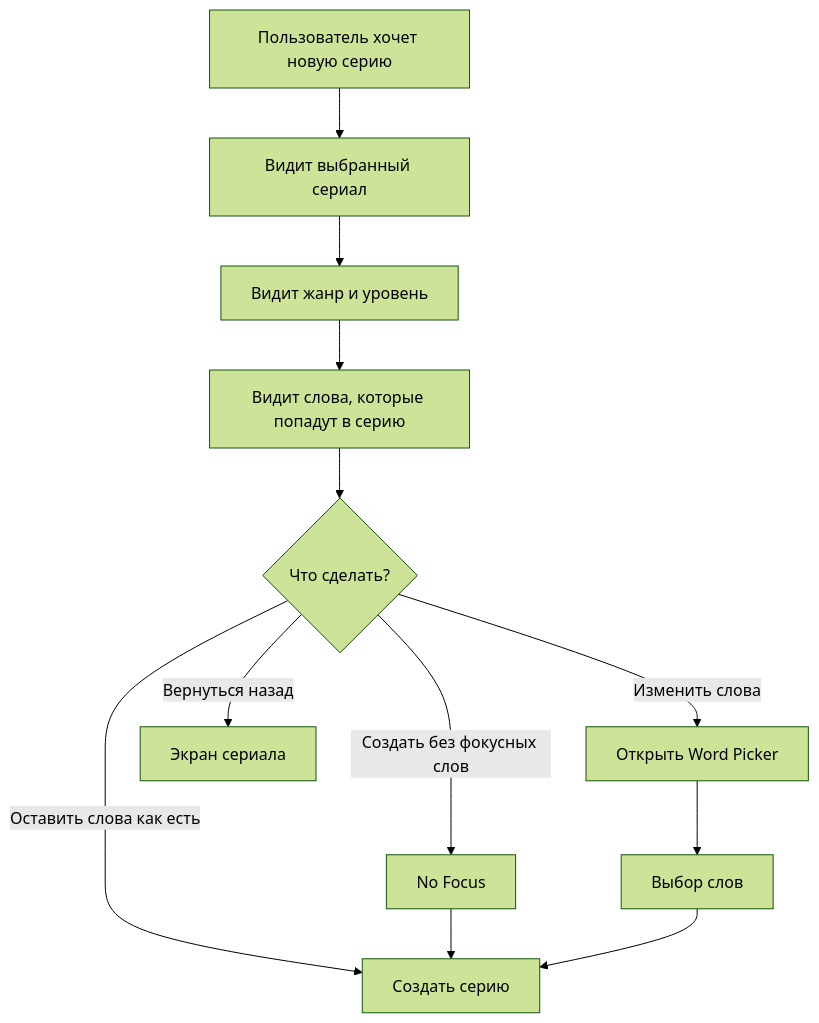
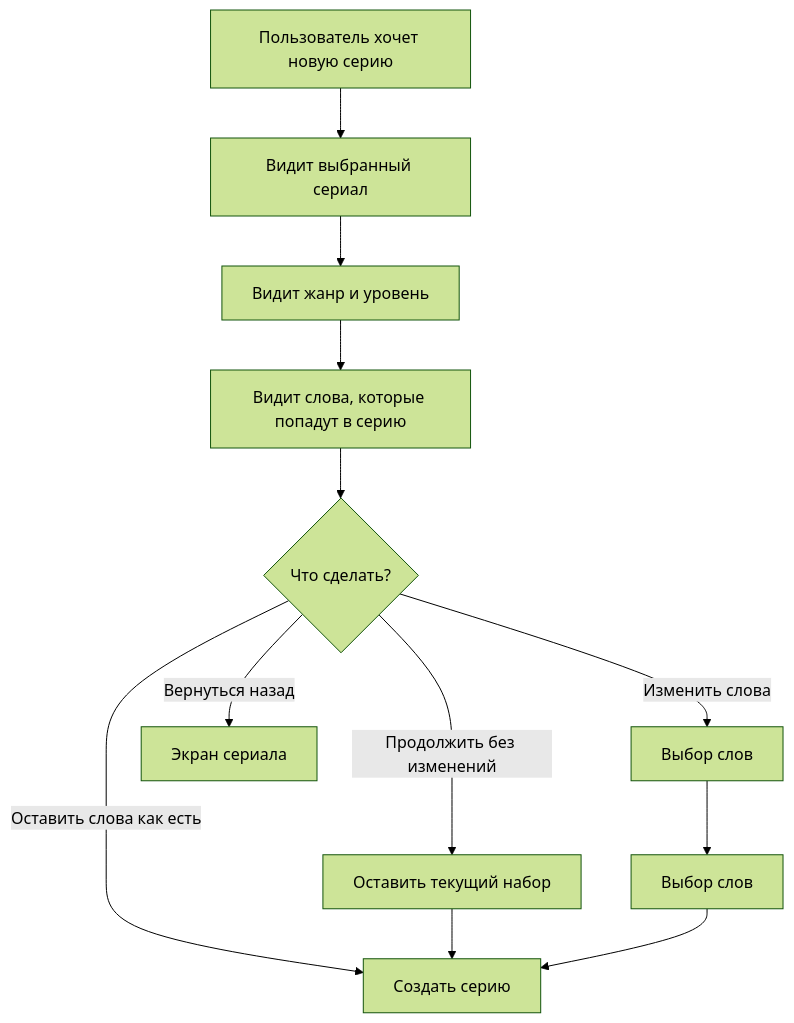
The third of 10 diagrams in concept/user_flow_schema.md (Gamshik/narrumi), drawn with Mermaid (forest theme) before and after one commit. The commit also changed other lines of this file and 8 other files, not shown here.

Commit message:
docs(product): refine AI series episode flow

````diff
--- a/concept/user_flow_schema.md
+++ b/concept/user_flow_schema.md
@@ -66,16 +66,16 @@
 ```mermaid
 flowchart TD
     A["Пользователь хочет новую серию"] --> B["Видит выбранный сериал"]
     B --> C["Видит жанр и уровень"]
     C --> D["Видит слова, которые попадут в серию"]
 
     D --> E{"Что сделать?"}
     E -- "Оставить слова как есть" --> F["Создать серию"]
-    E -- "Изменить слова" --> G["Открыть Word Picker"]
-    E -- "Создать без фокусных слов" --> H["No Focus"]
+    E -- "Изменить слова" --> G["Выбор слов"]
+    E -- "Продолжить без изменений" --> H["Оставить текущий набор"]
     E -- "Вернуться назад" --> I["Экран сериала"]
 
     G --> J["Выбор слов"]
     H --> F
     J --> F
 ```
````
